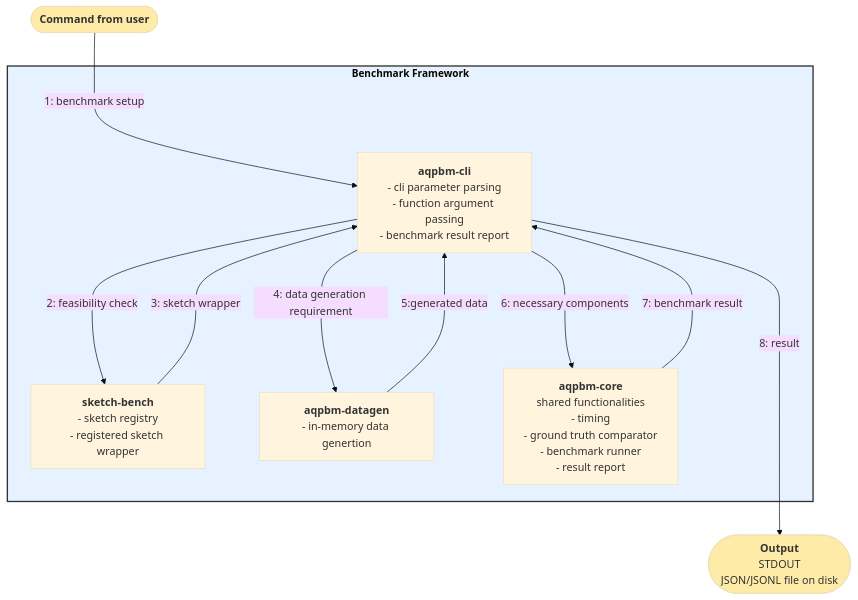
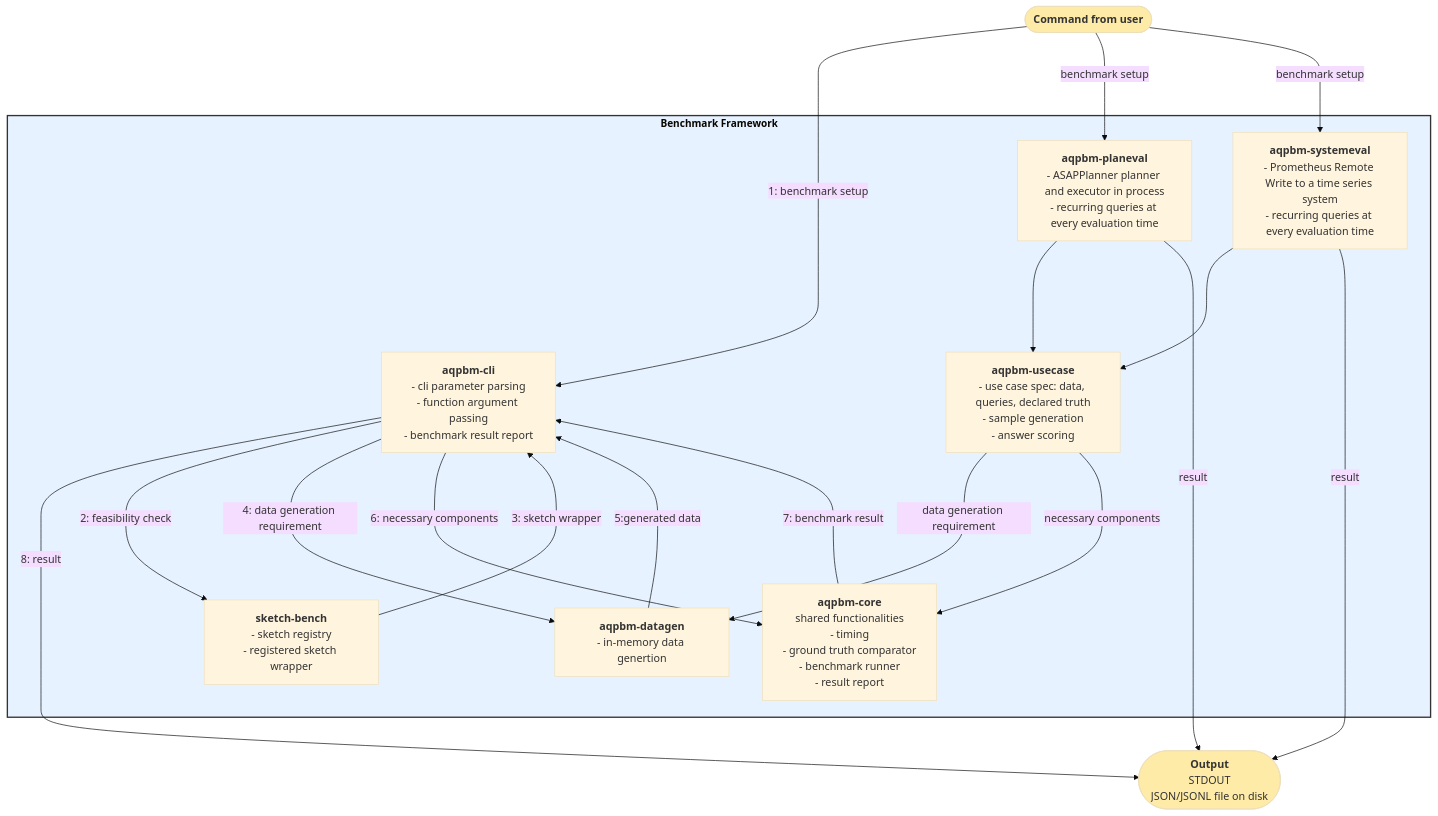
The diagram in docs/component_walk_through.md (ProjectASAP/sketch-bench), drawn with Mermaid (base theme) before and after one commit. The commit also changed 11 other files, not shown here.

First line of the commit message:
docs: phase 2 results, use case scenario diagrams, and the use case crates in the component diagram (#247)

````diff
--- a/docs/component_walk_through.md
+++ b/docs/component_walk_through.md
@@ -29,56 +29,81 @@
 ```mermaid
 flowchart TB
 commandline_input(["`**Command from user**`"]):::io
 
 output(["`**Output**
 STDOUT
 JSON/JSONL file on disk`"]):::io
 
 cli ---->|"8: result"| output
 
 commandline_input --->|"1: benchmark setup"| cli
 
 subgraph  Main [Benchmark Framework]
 
 spacer["Benchmark Framework"]:::invisible
 
 style Main fill:#e6f2ff,stroke:#333,stroke-width:2px,font-size:15px,font-weight:bold
 
 cli["`**aqpbm-cli**
 - cli parameter parsing
 - function argument passing
 - benchmark result report`"]
 
 sketch-bench["`**sketch-bench**
 - sketch registry
 - registered sketch wrapper`"]
 
 aqpbm-datagen["`**aqpbm-datagen**
 - in-memory data genertion`"]
 
 aqpbm-core["`**aqpbm-core**
 shared functionalities
 - timing
 - ground truth comparator
 - benchmark runner
 - result report`"]
 
 sketch-bench --->|"3: sketch wrapper"| cli
 cli --->|"2: feasibility check"| sketch-bench
 
 cli --->|"4: data generation requirement"| aqpbm-datagen
 aqpbm-datagen --->|"5:generated data"| cli
 
 cli --->|"6: necessary components"| aqpbm-core
 aqpbm-core --->|"7: benchmark result"| cli
 
+aqpbm-usecase["`**aqpbm-usecase**
+- use case spec: data, queries, declared truth
+- sample generation
+- answer scoring`"]
+
+aqpbm-planeval["`**aqpbm-planeval**
+- ASAPPlanner planner and executor in process
+- recurring queries at every evaluation time`"]
+
+aqpbm-systemeval["`**aqpbm-systemeval**
+- Prometheus Remote Write to a time series system
+- recurring queries at every evaluation time`"]
+
+aqpbm-usecase --->|"data generation requirement"| aqpbm-datagen
+aqpbm-usecase --->|"necessary components"| aqpbm-core
+
+aqpbm-planeval ---> aqpbm-usecase
+aqpbm-systemeval ---> aqpbm-usecase
+
 class aqp-bench,runtime future
 
 spacer~~~cli
 
 end
 
+commandline_input --->|"benchmark setup"| aqpbm-planeval
+commandline_input --->|"benchmark setup"| aqpbm-systemeval
+
+aqpbm-planeval ---->|"result"| output
+aqpbm-systemeval ---->|"result"| output
+
 classDef future stroke-dasharray: 5 5
 classDef invisible fill:none,stroke:none,color:transparent
 classDef io fill:#feeba8
 ```
````
